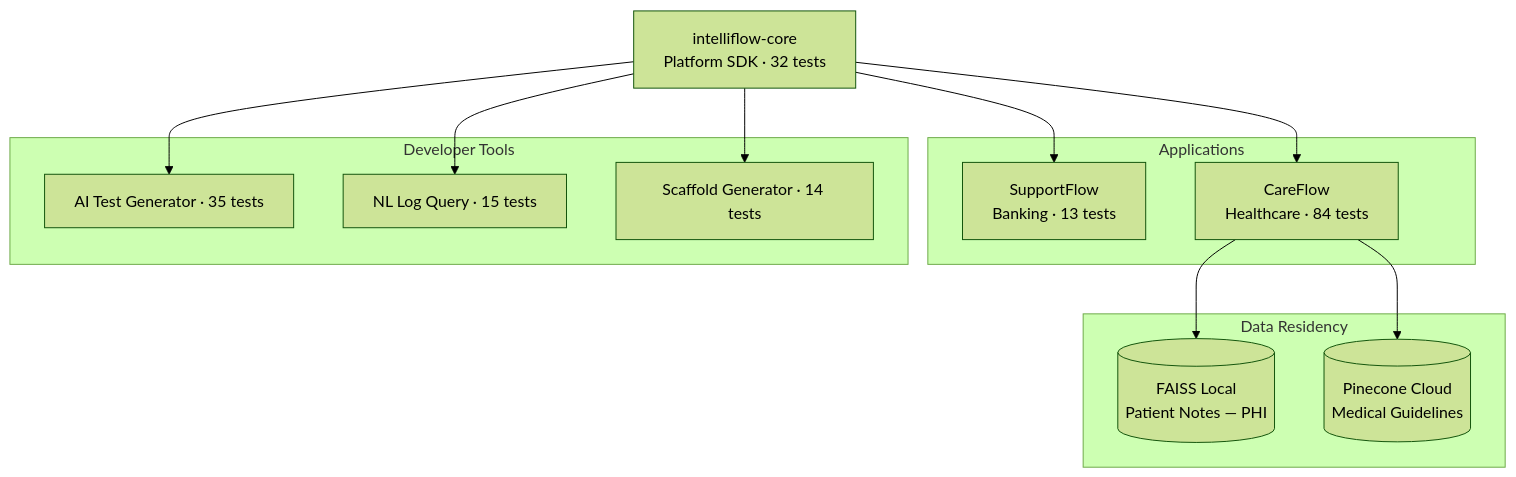
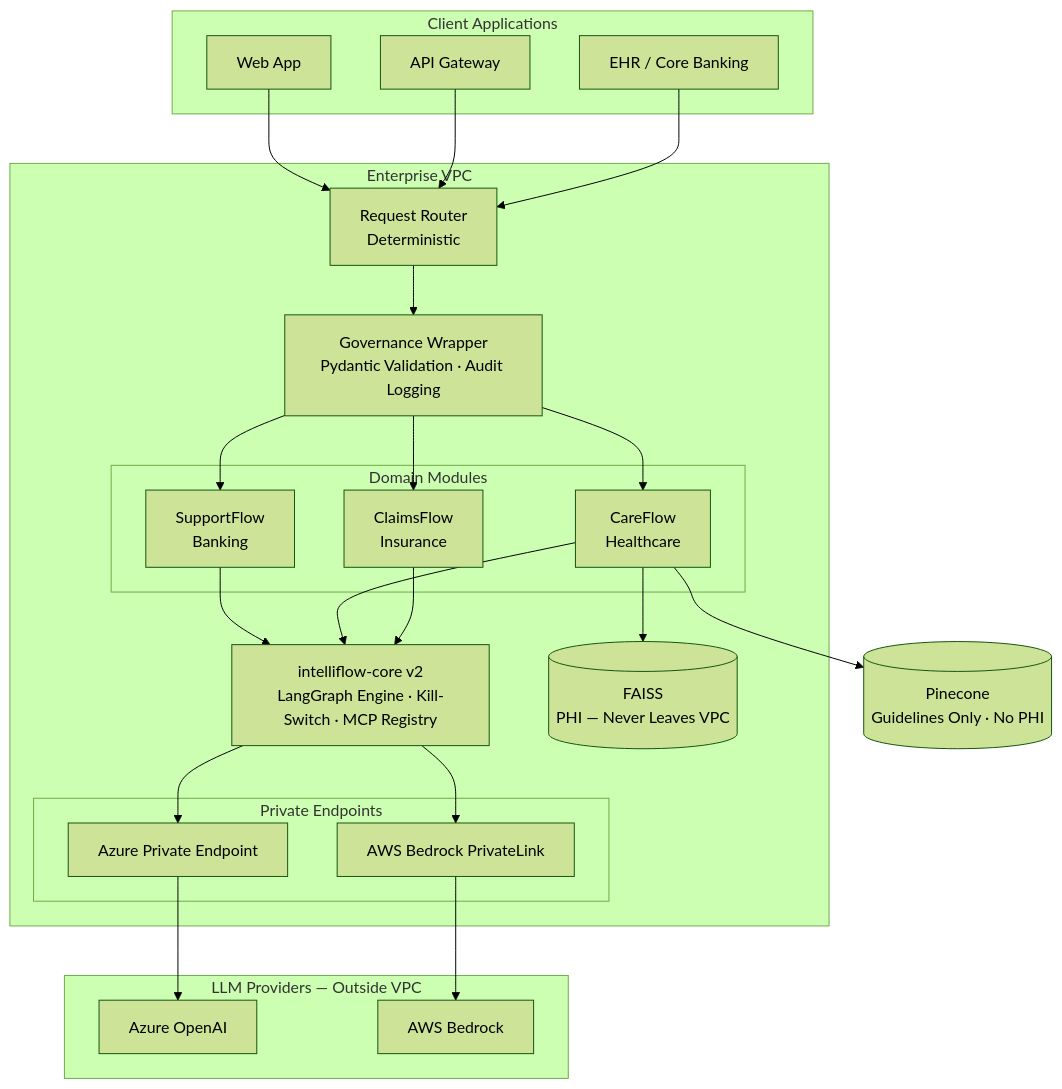
Before and after one commit to kmufti7/intelliflow-os: the first of 7 diagrams in ARCHITECTURE.md, drawn with Mermaid (forest theme). The commit also changed 1 other file, not shown here.

Commit message:
feat: add locked middleware architecture diagram to README

````diff
--- a/ARCHITECTURE.md
+++ b/ARCHITECTURE.md
@@ -4,29 +4,51 @@
 ```mermaid
 flowchart TD
-  CORE[intelliflow-core<br/>Platform SDK · 32 tests]
-
-  subgraph Applications
-    SF[SupportFlow<br/>Banking · 13 tests]
-    CF[CareFlow<br/>Healthcare · 84 tests]
+  subgraph Clients["Client Applications"]
+    WEB[Web App]
+    API[API Gateway]
+    EHR[EHR / Core Banking]
   end
 
-  subgraph Developer Tools
-    TG[AI Test Generator · 35 tests]
-    NL[NL Log Query · 15 tests]
-    SG[Scaffold Generator · 14 tests]
+  subgraph VPC["Enterprise VPC"]
+    RR[Request Router<br/>Deterministic]
+    GW[Governance Wrapper<br/>Pydantic Validation · Audit Logging]
+
+    subgraph Modules["Domain Modules"]
+      SF[SupportFlow<br/>Banking]
+      CF[CareFlow<br/>Healthcare]
+      CLF[ClaimsFlow<br/>Insurance]
+    end
+
+    CORE[intelliflow-core v2<br/>LangGraph Engine · Kill-Switch · MCP Registry]
+    FAISS[(FAISS<br/>PHI — Never Leaves VPC)]
+
+    subgraph PE["Private Endpoints"]
+      AZ_PE[Azure Private Endpoint]
+      AWS_PE[AWS Bedrock PrivateLink]
+    end
   end
 
-  CORE --> SF
-  CORE --> CF
-  CORE --> TG
-  CORE --> NL
-  CORE --> SG
-
-  subgraph Data Residency
-    FAISS[(FAISS Local<br/>Patient Notes — PHI)]
-    PIN[(Pinecone Cloud<br/>Medical Guidelines)]
+  subgraph LLMs["LLM Providers — Outside VPC"]
+    AZ[Azure OpenAI]
+    BR[AWS Bedrock]
   end
 
+  PIN[(Pinecone<br/>Guidelines Only · No PHI)]
+
+  WEB --> RR
+  API --> RR
+  EHR --> RR
+  RR --> GW
+  GW --> SF
+  GW --> CF
+  GW --> CLF
+  SF --> CORE
+  CF --> CORE
+  CLF --> CORE
+  CORE --> AZ_PE
+  CORE --> AWS_PE
+  AZ_PE --> AZ
+  AWS_PE --> BR
   CF --> FAISS
   CF --> PIN
 ```
````
